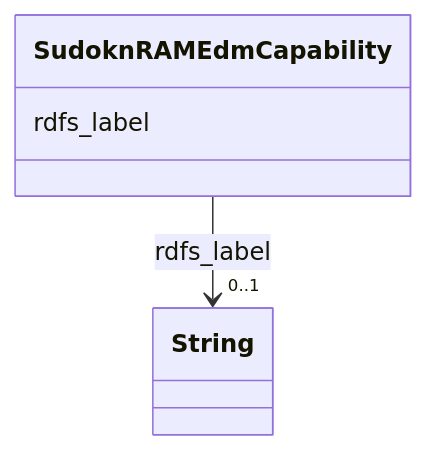
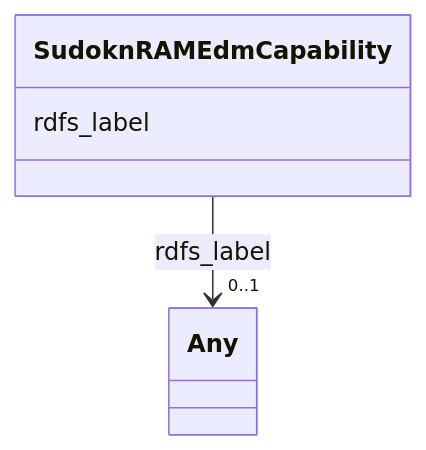
The diagram in sudokn-kg/classes/SudoknRAMEdmCapability.md (frink-okn/graph-descriptions), drawn with Mermaid before and after one commit. The commit also changed other lines of this file and 903 other files, not shown here.

````diff
--- a/sudokn-kg/classes/SudoknRAMEdmCapability.md
+++ b/sudokn-kg/classes/SudoknRAMEdmCapability.md
@@ -23,15 +18,15 @@
 ```mermaid
  classDiagram
     class SudoknRAMEdmCapability
     click SudoknRAMEdmCapability href "../SudoknRAMEdmCapability"
       SudoknRAMEdmCapability : rdfs_label
         
           
     
     
-    SudoknRAMEdmCapability --> "0..1" String : rdfs_label
-    click String href "../String"
+    SudoknRAMEdmCapability --> "0..1" Any : rdfs_label
+    click Any href "../Any"
 
         
       
 ```
````
